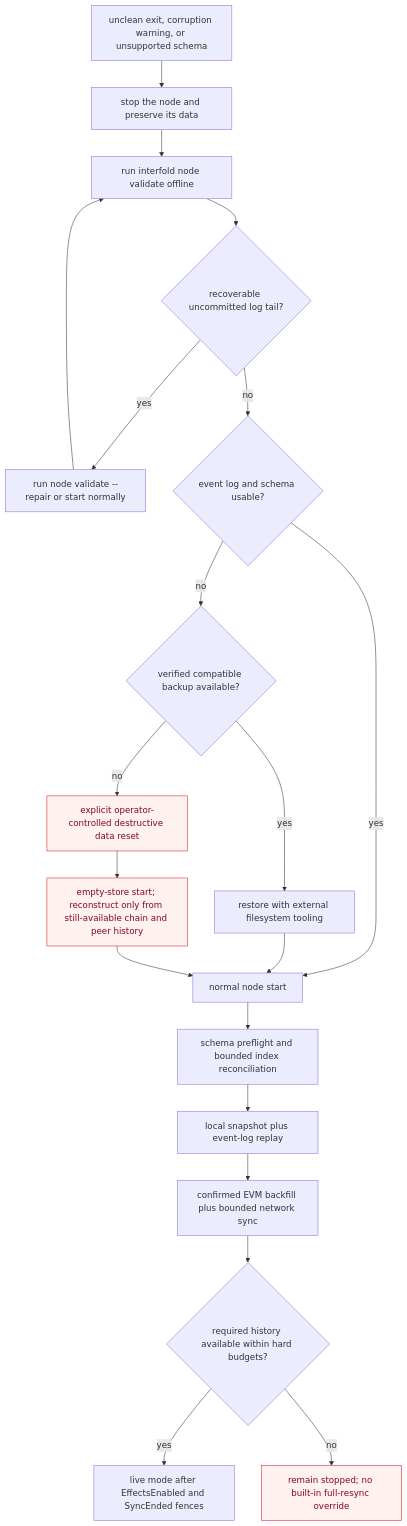
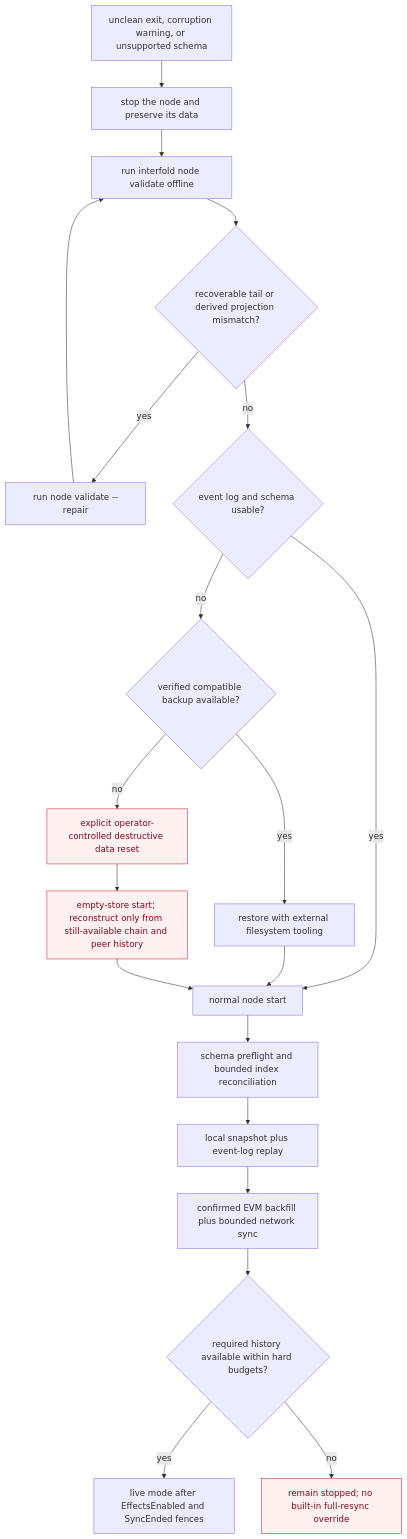
Diagram 13 of 15 in agent/CRATES_ARCHITECTURE.md (theinterfold/interfold), drawn with Mermaid before and after one commit. The commit also changed other lines of this file and 31 other files, not shown here.

````diff
--- a/agent/CRATES_ARCHITECTURE.md
+++ b/agent/CRATES_ARCHITECTURE.md
@@ -918,26 +952,26 @@
 ```mermaid
 flowchart TD
     Incident[unclean exit, corruption warning, or unsupported schema] --> Stop[stop the node and preserve its data]
     Stop --> Validate[run interfold node validate offline]
-    Validate --> Tail{recoverable uncommitted log tail?}
-    Tail -->|yes| Repair[run node validate --repair or start normally]
+    Validate --> Tail{recoverable tail or derived projection mismatch?}
+    Tail -->|yes| Repair[run node validate --repair]
     Repair --> Validate
     Tail -->|no| Decision{event log and schema usable?}
     Decision -->|yes| Restart[normal node start]
     Restart --> Preflight[schema preflight and bounded index reconciliation]
     Preflight --> Replay[local snapshot plus event-log replay]
     Replay --> History[confirmed EVM backfill plus bounded network sync]
     History --> Available{required history available within hard budgets?}
     Available -->|yes| Live[live mode after EffectsEnabled and SyncEnded fences]
     Available -->|no| Blocked[remain stopped; no built-in full-resync override]
 
     Decision -->|no| Backup{verified compatible backup available?}
     Backup -->|yes| Restore[restore with external filesystem tooling]
     Restore --> Restart
     Backup -->|no| Reset[explicit operator-controlled destructive data reset]
     Reset --> Empty[empty-store start; reconstruct only from still-available chain and peer history]
     Empty --> Restart
 
     classDef residual fill:#fff1f0,stroke:#cf222e,color:#82071e
     class Blocked,Reset,Empty residual
 ```
````
